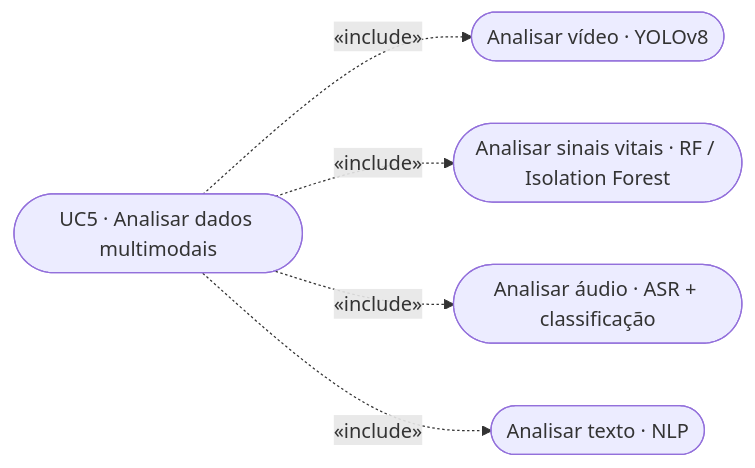
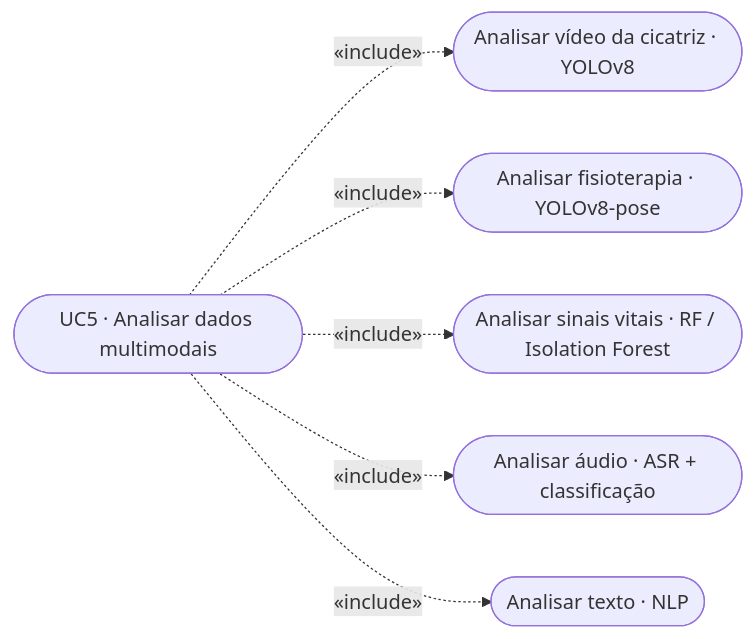
One commit to nurycaroline/8iadt-tc-fase4 changed the second of 3 diagrams in docs/casos-de-uso.md. Above: the diagram before and after it, drawn with Mermaid. The commit also changed other lines of this file and 16 other files, not shown here.

````diff
--- a/docs/casos-de-uso.md
+++ b/docs/casos-de-uso.md
@@ -70,13 +70,15 @@
 ```mermaid
 flowchart LR
     UC5(["UC5 · Analisar dados multimodais"])
-    A1(["Analisar vídeo · YOLOv8"])
+    A1(["Analisar vídeo da cicatriz · YOLOv8"])
+    A1b(["Analisar fisioterapia · YOLOv8-pose"])
     A2(["Analisar sinais vitais · RF / Isolation Forest"])
     A3(["Analisar áudio · ASR + classificação"])
     A4(["Analisar texto · NLP"])
 
     UC5 -. «include» .-> A1
+    UC5 -. «include» .-> A1b
     UC5 -. «include» .-> A2
     UC5 -. «include» .-> A3
     UC5 -. «include» .-> A4
 ```
````
